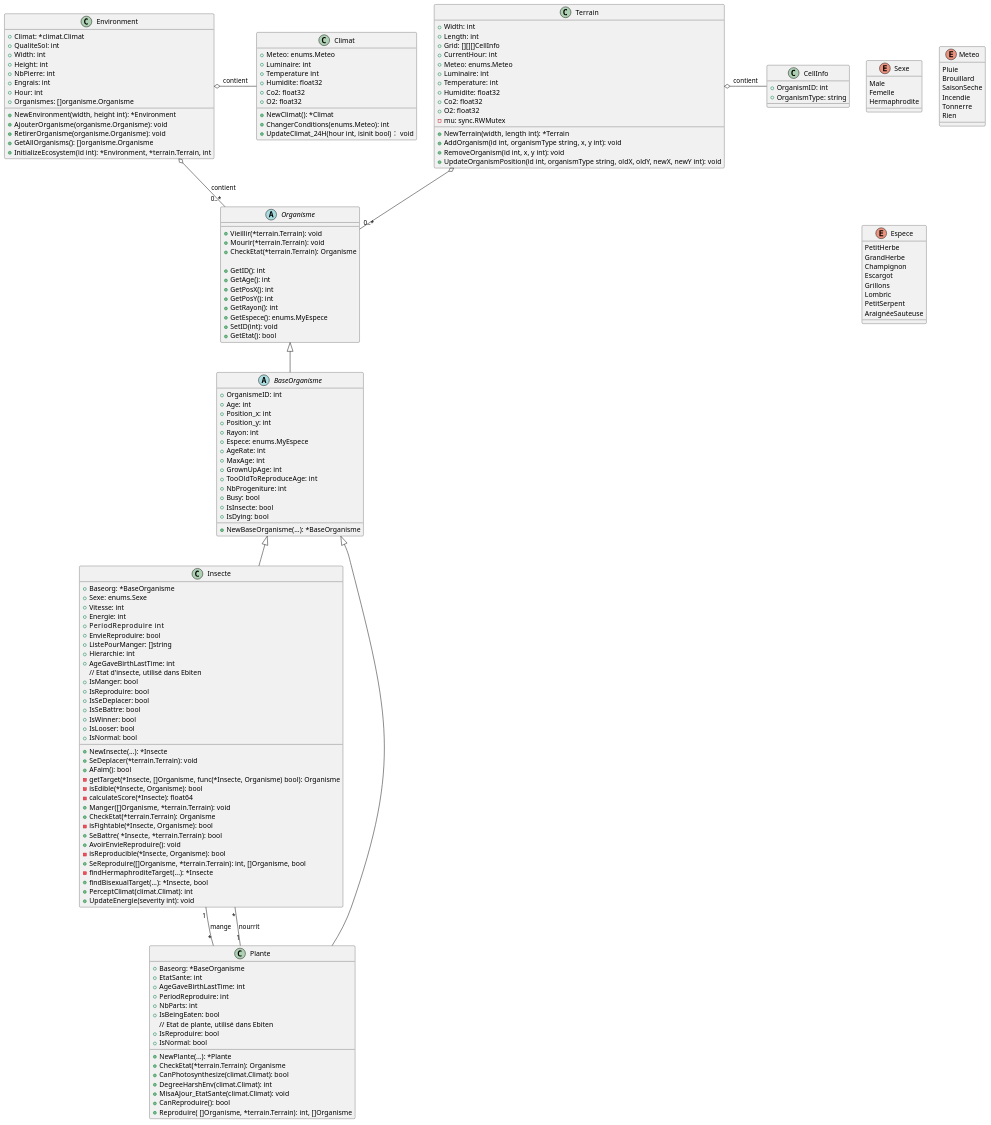
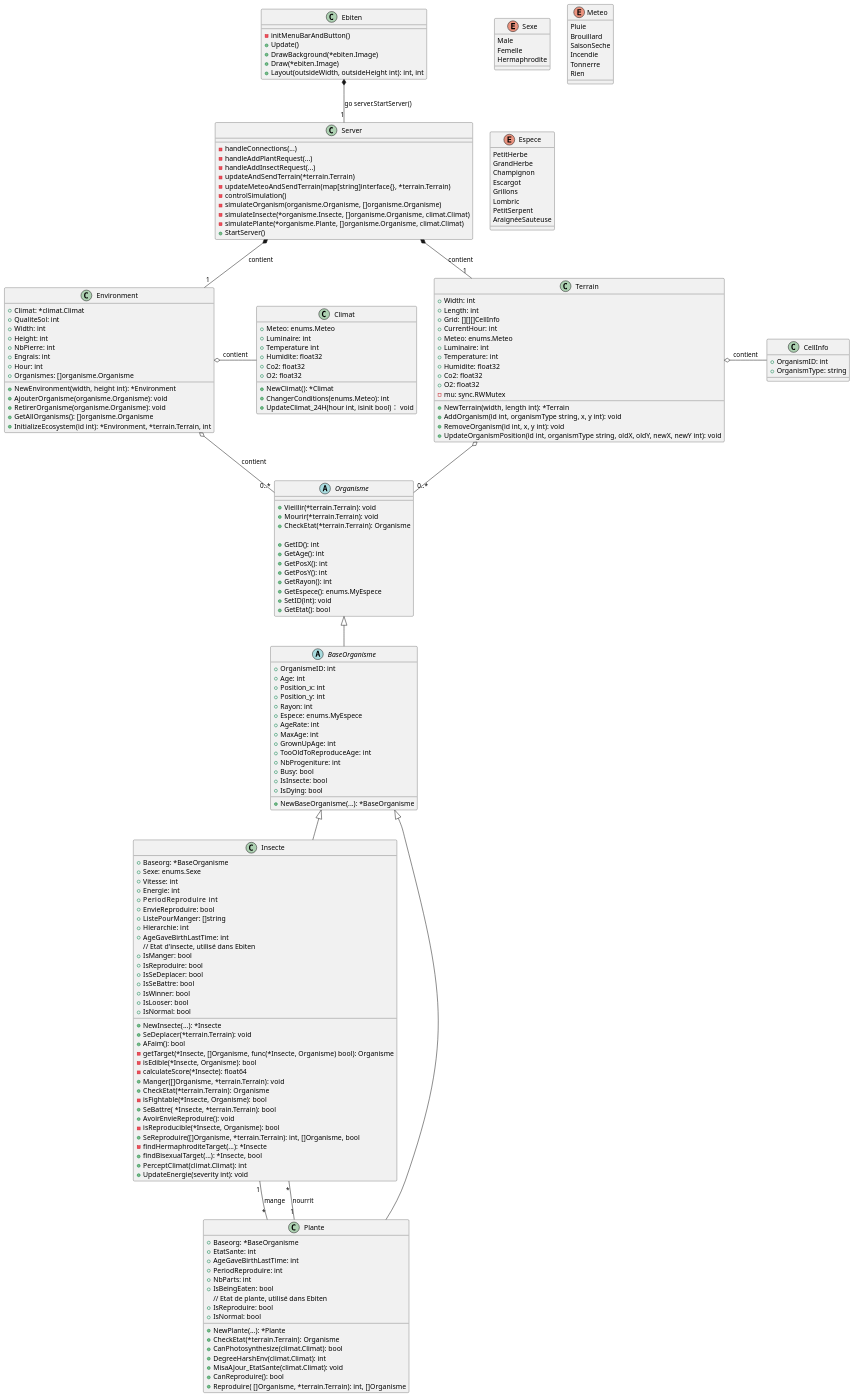
Before and after one commit to Sandrineavida/Vivarium_Multi-Agent_Golang: the diagram in vivarium_uml.puml, drawn with PlantUML.

Commit message:
UML中加入Ebiten和Server

```diff
--- a/vivarium_uml.puml
+++ b/vivarium_uml.puml
@@ -1,4 +1,26 @@
 @startuml
+
+class Ebiten {
+   - initMenuBarAndButton()
+   + Update()
+   + DrawBackground(*ebiten.Image)
+   + Draw(*ebiten.Image)
+   + Layout(outsideWidth, outsideHeight int): int, int
+
+}
+
+class Server {
+   - handleConnections(...)
+   - handleAddPlantRequest(...)
+   - handleAddInsectRequest(...)
+   - updateAndSendTerrain(*terrain.Terrain)
+   - updateMeteoAndSendTerrain(map[string]interface{}, *terrain.Terrain)
+   - controlSimulation()
+   - simulateOrganism(organisme.Organisme, []organisme.Organisme)
+   - simulateInsecte(*organisme.Insecte, []organisme.Organisme, climat.Climat)
+   - simulatePlante(*organisme.Plante, []organisme.Organisme, climat.Climat)
+   + StartServer()
+}
 
 abstract class Organisme {
    + Vieillir(*terrain.Terrain): void
@@ -168,6 +190,9 @@
    + UpdateOrganismPosition(id int, organismType string, oldX, oldY, newX, newY int): void
 }
 
+Ebiten *-- "1" Server : go server.StartServer()
+Server *-- "1" Environment : contient
+Server *-- "1" Terrain : contient
 Insecte "1" -- "*" Plante : mange
 Plante "1" -- "*" Insecte : nourrit 
 Environment o- Climat : contient
```
